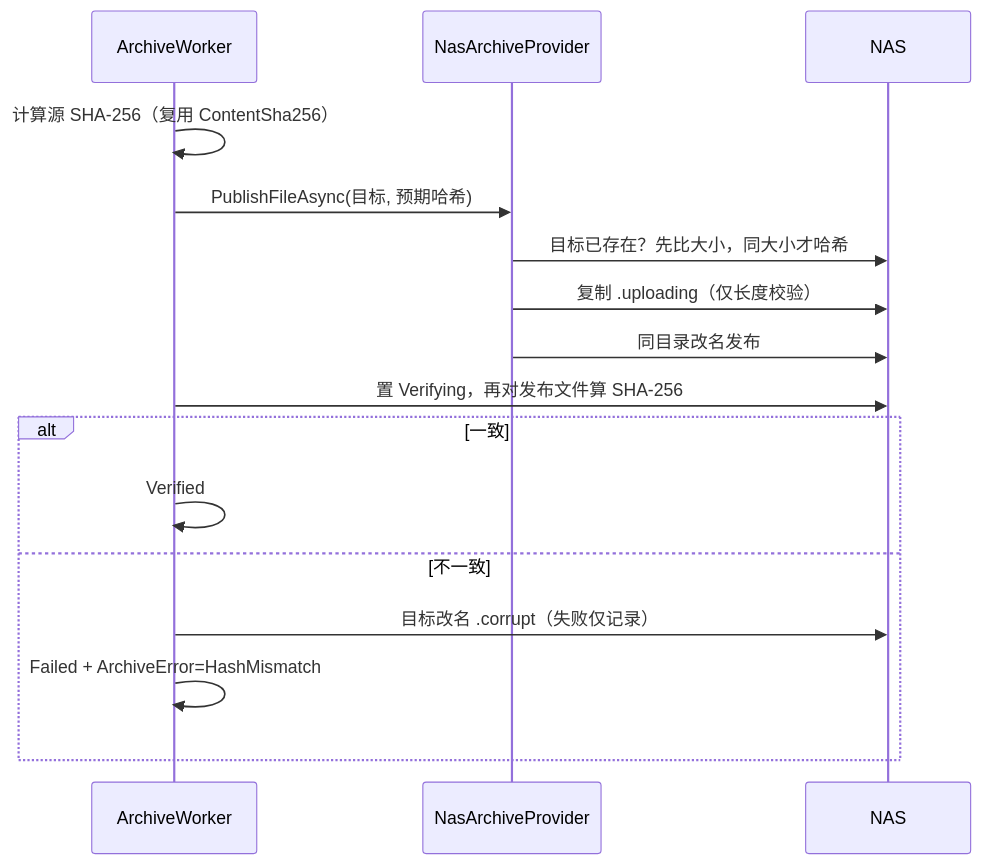
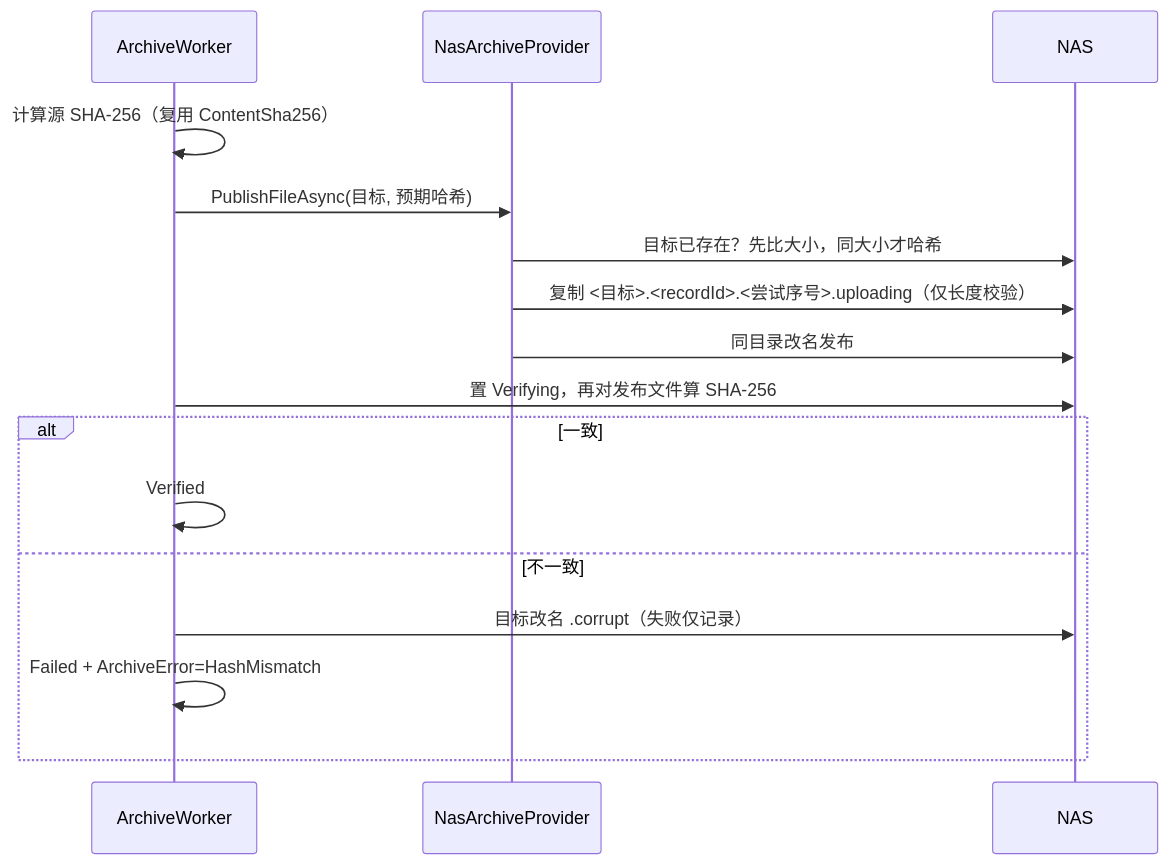
The fourth of 4 diagrams in docs/nas-storage-architecture.md (PackingProof/PackingProof-Desktop), drawn with Mermaid before and after one commit. The commit also changed other lines of this file and 1 other file, not shown here.

````diff
--- a/docs/nas-storage-architecture.md
+++ b/docs/nas-storage-architecture.md
@@ -110,18 +113,18 @@
 ```mermaid
 sequenceDiagram
     participant W as ArchiveWorker
     participant P as NasArchiveProvider
     participant N as NAS
     W->>W: 计算源 SHA-256（复用 ContentSha256）
     W->>P: PublishFileAsync(目标, 预期哈希)
     P->>N: 目标已存在？先比大小，同大小才哈希
-    P->>N: 复制 .uploading（仅长度校验）
+    P->>N: 复制 <目标>.<recordId>.<尝试序号>.uploading（仅长度校验）
     P->>N: 同目录改名发布
     W->>N: 置 Verifying，再对发布文件算 SHA-256
     alt 一致
         W->>W: Verified
     else 不一致
         W->>N: 目标改名 .corrupt（失败仅记录）
         W->>W: Failed + ArchiveError=HashMismatch
     end
 ```
````
